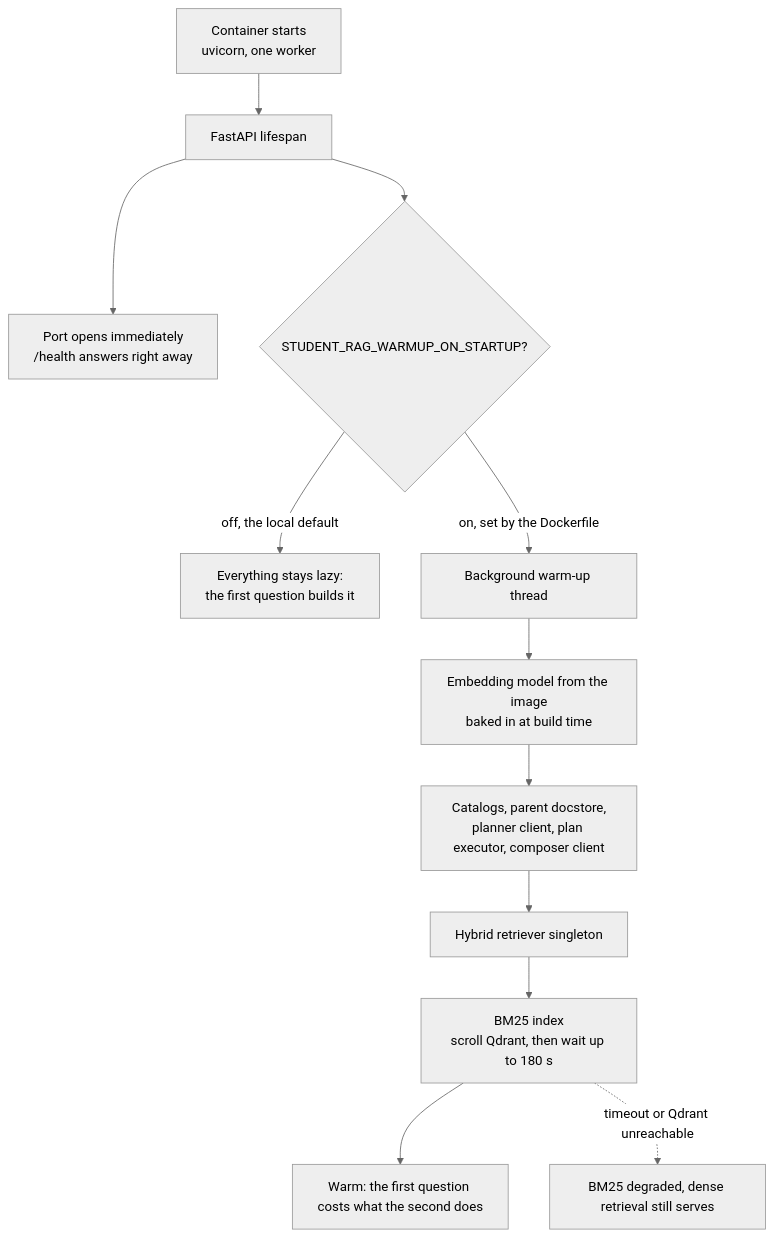
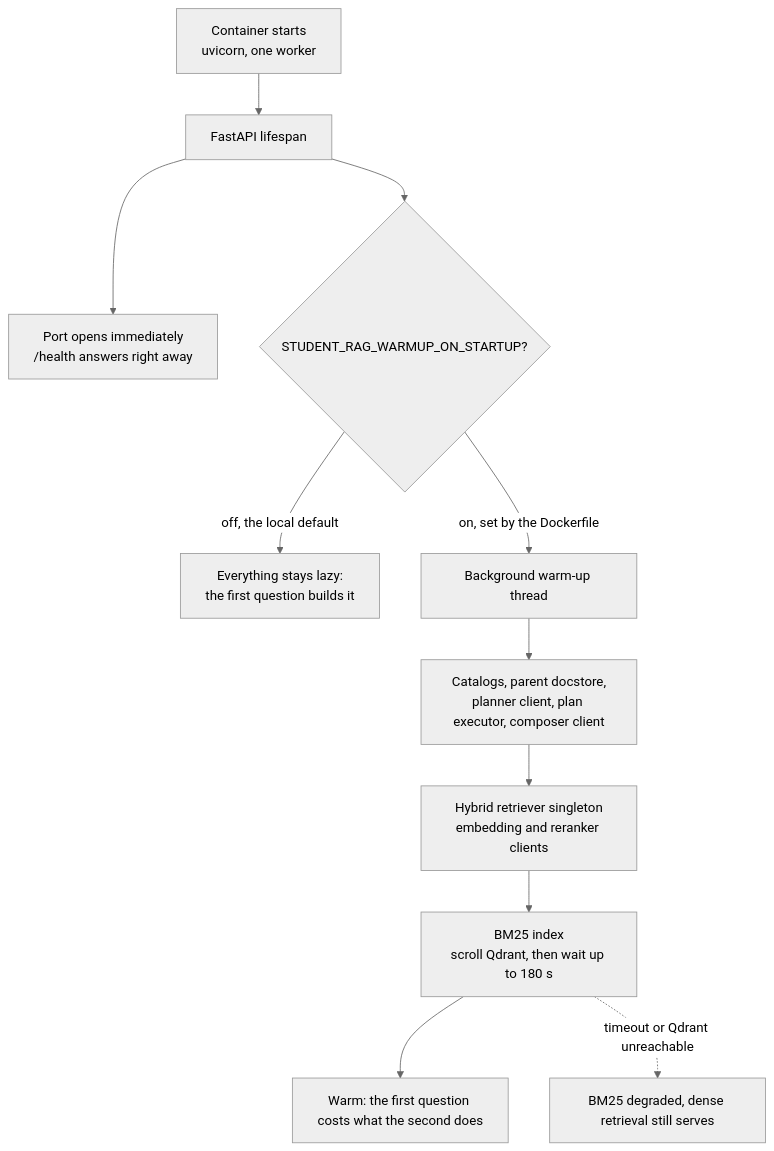
The fifth of 7 diagrams in README.md (AnhPhiNe/student-handbook-rag-chatbot), drawn with Mermaid (neutral theme) before and after one commit. The commit also changed other lines of this file and 6 other files, not shown here.

````diff
--- a/README.md
+++ b/README.md
@@ -270,14 +272,13 @@
 ```mermaid
 flowchart TD
     Boot["Container starts<br/>uvicorn, one worker"] --> Life["FastAPI lifespan"]
     Life --> Port["Port opens immediately<br/>/health answers right away"]
     Life --> Flag{"STUDENT_RAG_WARMUP_ON_STARTUP?"}
     Flag -->|off, the local default| Lazy["Everything stays lazy:<br/>the first question builds it"]
     Flag -->|"on, set by the Dockerfile"| Thread["Background warm-up thread"]
-    Thread --> Model["Embedding model from the image<br/>baked in at build time"]
-    Model --> Cat["Catalogs, parent docstore,<br/>planner client, plan executor, composer client"]
-    Cat --> Retr["Hybrid retriever singleton"]
+    Thread --> Cat["Catalogs, parent docstore,<br/>planner client, plan executor, composer client"]
+    Cat --> Retr["Hybrid retriever singleton<br/>embedding and reranker clients"]
     Retr --> BM["BM25 index<br/>scroll Qdrant, then wait up to 180 s"]
     BM --> Ready["Warm: the first question costs what the second does"]
     BM -.->|"timeout or Qdrant unreachable"| Degraded["BM25 degraded, dense retrieval still serves"]
 ```
````
